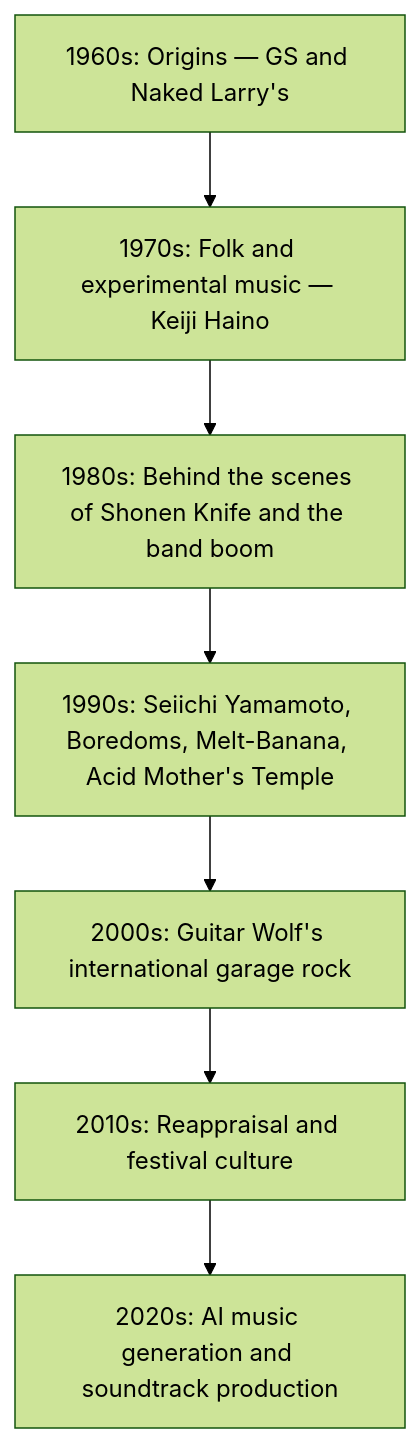
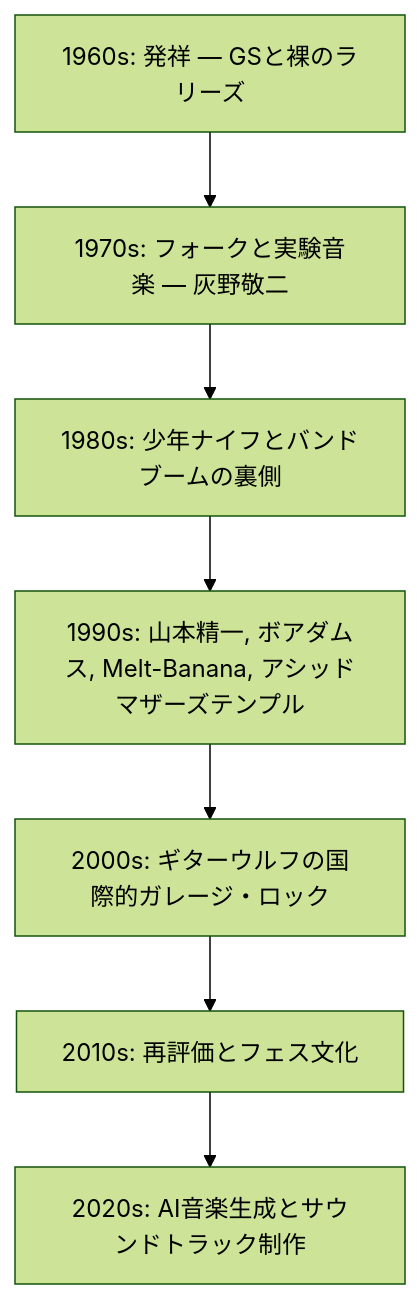
Before and after one commit to monumental-movement/monumental-movement.github.io: the diagram in en/_posts/2025-09-25-Column-Japanese-Mainstream-Underground-Rock.md, drawn with Mermaid (forest theme). The commit also changed other lines of this file and 1701 other files, not shown here.

```diff
--- a/en/_posts/2025-09-25-Column-Japanese-Mainstream-Underground-Rock.md
+++ b/en/_posts/2025-09-25-Column-Japanese-Mainstream-Underground-Rock.md
@@ -86,9 +86,9 @@
 <div class="mermaid">
 flowchart TD
-A["1960s: Origins — GS and Naked Larry's"] --> B["1970s: Folk and experimental music — Keiji Haino"]
-B --> C["1980s: Behind the scenes of Shonen Knife and the band boom"]
-C --> D["1990s: Seiichi Yamamoto, Boredoms, Melt-Banana, Acid Mother's Temple"]
-D --> E["2000s: Guitar Wolf's international garage rock"]
-E --> F["2010s: Reappraisal and festival culture"]
-F --> G["2020s: AI music generation and soundtrack production"]
+    A["1960s: 発祥 — GSと裸のラリーズ"] --> B["1970s: フォークと実験音楽 — 灰野敬二"]
+    B --> C["1980s: 少年ナイフとバンドブームの裏側"]
+    C --> D["1990s: 山本精一, ボアダムス, Melt-Banana, アシッドマザーズテンプル"]
+    D --> E["2000s: ギターウルフの国際的ガレージ・ロック"]
+    E --> F["2010s: 再評価とフェス文化"]
+    F --> G["2020s: AI音楽生成とサウンドトラック制作"]
 </div>
```
